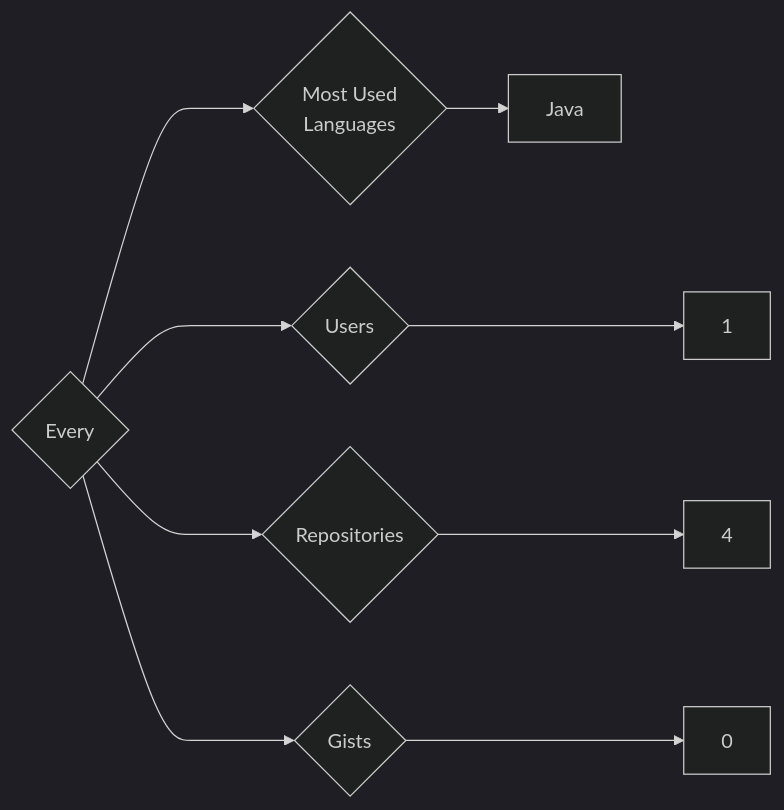
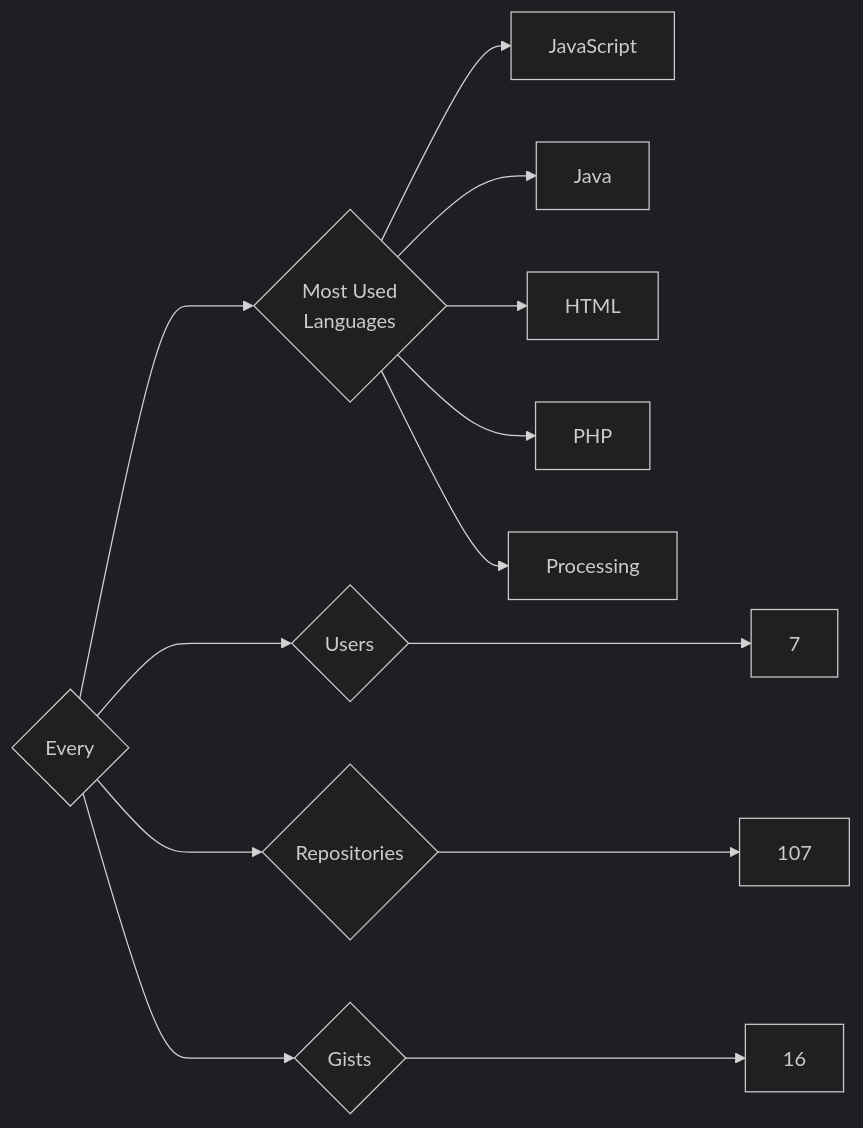
One commit to trickest/insiders changed the diagram in targets/Every/README.md. Above: the diagram before and after it, drawn with Mermaid (dark theme). The commit also changed 951 other files, not shown here.

````diff
--- a/targets/Every/README.md
+++ b/targets/Every/README.md
@@ -3,9 +3,13 @@
 ```mermaid
 graph LR
 COMPANY_NAME{Every}
-COMPANY_NAME ---> U{Users} ---> UN[1]
-COMPANY_NAME ---> R{Repositories} ---> RN[4]
-COMPANY_NAME ---> G{Gists} ---> GN[0]
+COMPANY_NAME ---> U{Users} ---> UN[7]
+COMPANY_NAME ---> R{Repositories} ---> RN[107]
+COMPANY_NAME ---> G{Gists} ---> GN[16]
 COMPANY_NAME ---> ML{Most Used<br>Languages}
-ML --> Java
+ML --> JavaScript[JavaScript]
+ML --> Java[Java]
+ML --> HTML[HTML]
+ML --> PHP[PHP]
+ML --> Processing[Processing]
 ```
````
